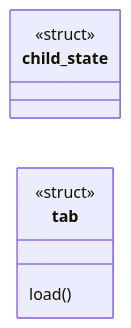
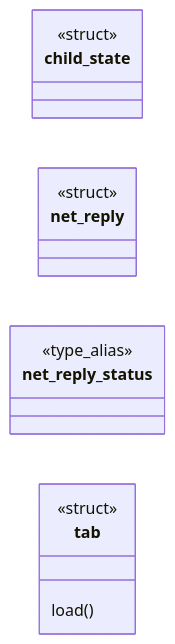
One commit to grisuno/FreeDom changed the first of 2 diagrams in readmenator-apidocs/modules/src.tab.c.md. Above: the diagram before and after it, drawn with Mermaid. The commit also changed other lines of this file and 236 other files, not shown here.

````diff
--- a/readmenator-apidocs/modules/src.tab.c.md
+++ b/readmenator-apidocs/modules/src.tab.c.md
@@ -13,9 +13,13 @@
 ```mermaid
 classDiagram
     direction LR
     class child_state
     <<struct>> child_state
+    class net_reply
+    <<struct>> net_reply
+    class net_reply_status
+    <<type_alias>> net_reply_status
     class tab
     <<struct>> tab
     tab : load()
 ```
````
